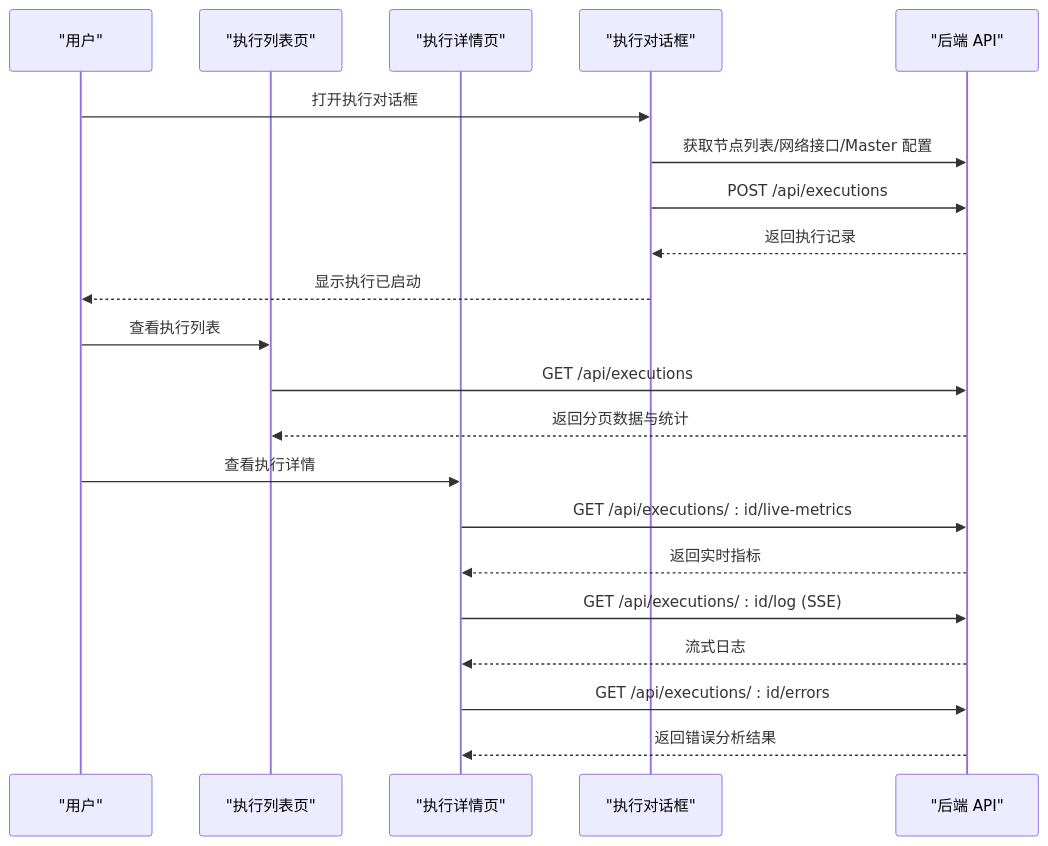
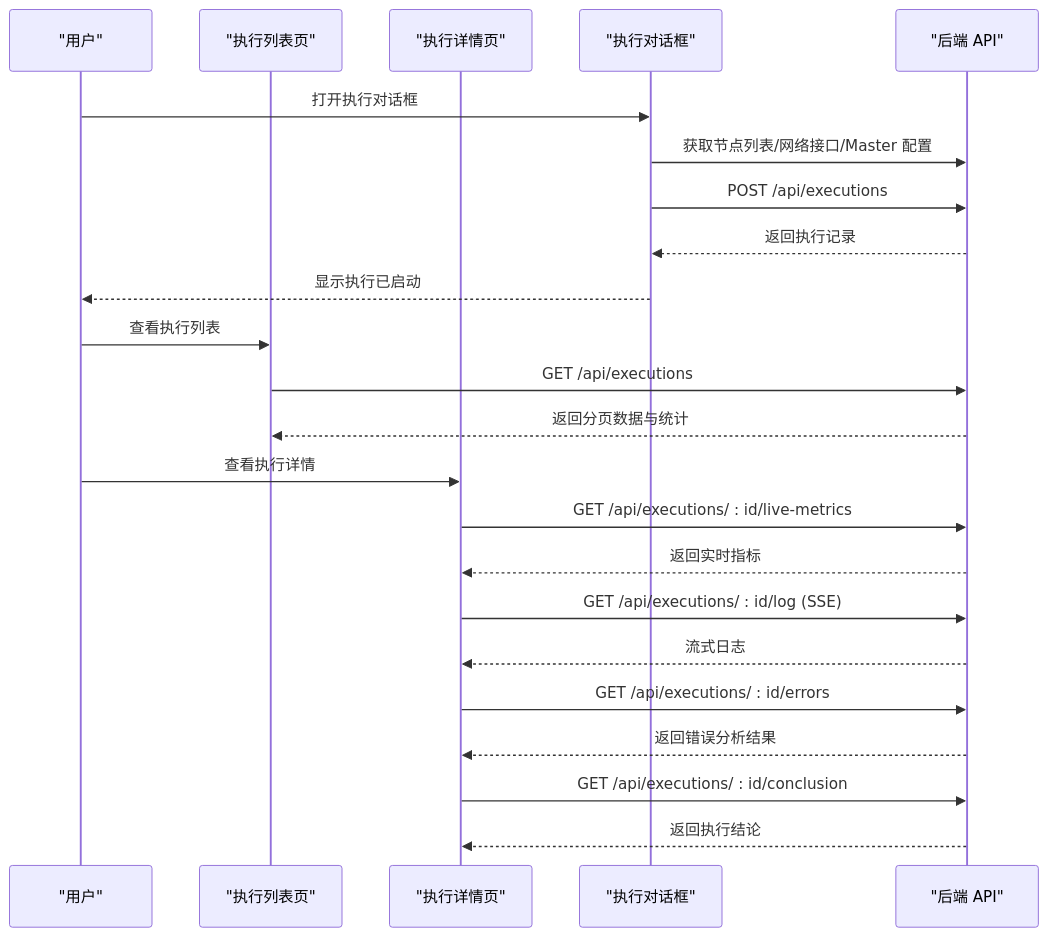
Before and after one commit to Liyuhao02/Jmeter-Admin: diagram 15 of 16 in .qoder/repowiki/zh/content/核心业务模块/执行管理系统/执行管理系统.md, drawn with Mermaid. The commit also changed other lines of this file and 13 other files, not shown here.

````diff
--- a/.qoder/repowiki/zh/content/核心业务模块/执行管理系统/执行管理系统.md
+++ b/.qoder/repowiki/zh/content/核心业务模块/执行管理系统/执行管理系统.md
@@ -588,23 +722,25 @@
 ```mermaid
 sequenceDiagram
 participant User as "用户"
 participant List as "执行列表页"
 participant Detail as "执行详情页"
 participant Dialog as "执行对话框"
 participant API as "后端 API"
 User->>Dialog : 打开执行对话框
 Dialog->>API : 获取节点列表/网络接口/Master 配置
 Dialog->>API : POST /api/executions
 API-->>Dialog : 返回执行记录
 Dialog-->>User : 显示执行已启动
 User->>List : 查看执行列表
 List->>API : GET /api/executions
 API-->>List : 返回分页数据与统计
 User->>Detail : 查看执行详情
 Detail->>API : GET /api/executions/ : id/live-metrics
 API-->>Detail : 返回实时指标
 Detail->>API : GET /api/executions/ : id/log (SSE)
 API-->>Detail : 流式日志
 Detail->>API : GET /api/executions/ : id/errors
 API-->>Detail : 返回错误分析结果
+Detail->>API : GET /api/executions/ : id/conclusion
+API-->>Detail : 返回执行结论
 ```
````
